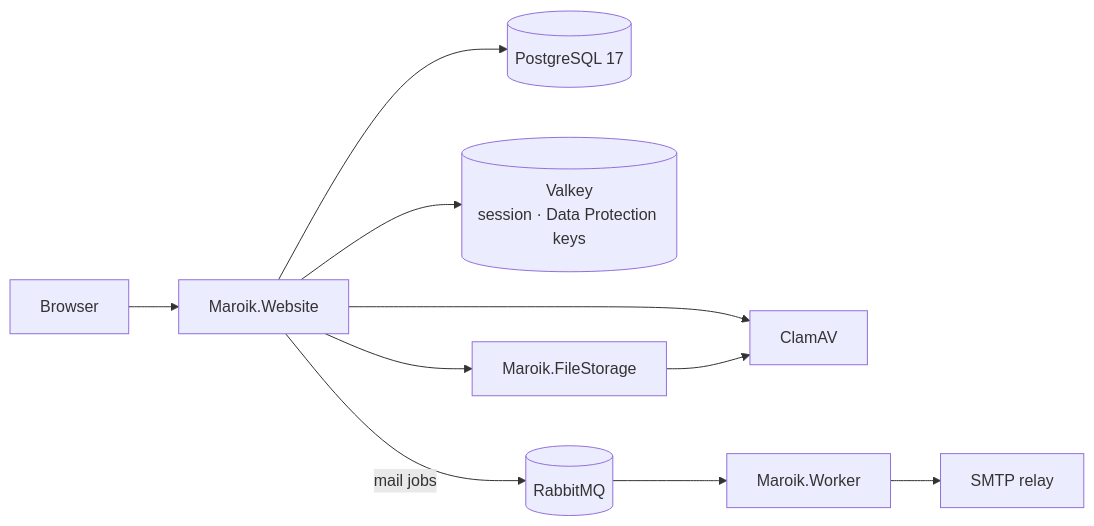
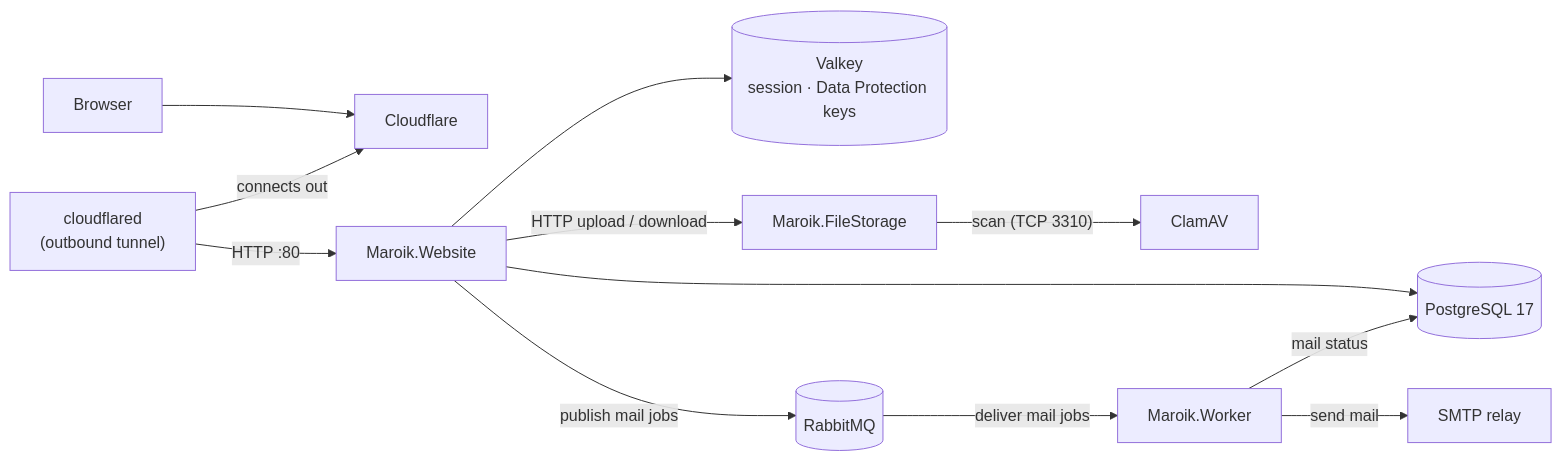
One commit to zqf20096327/dbhub_collect changed the second of 2 diagrams in data/readmes/IkhyeonJo__Maroik-CMS.md. Above: the diagram before and after it, drawn with Mermaid. The commit also changed other lines of this file and 538 other files, not shown here.

````diff
--- a/data/readmes/IkhyeonJo__Maroik-CMS.md
+++ b/data/readmes/IkhyeonJo__Maroik-CMS.md
@@ -115,12 +124,14 @@
 ```mermaid
 flowchart LR
-    Browser --> Website["Maroik.Website"]
+    Browser --> Cloudflare["Cloudflare"]
+    cloudflared["cloudflared<br/>(outbound tunnel)"] -- "connects out" --> Cloudflare
+    cloudflared -- "HTTP :80" --> Website["Maroik.Website"]
     Website --> PostgreSQL[("PostgreSQL 17")]
     Website --> Valkey[("Valkey<br/>session · Data Protection keys")]
-    Website --> FileStorage["Maroik.FileStorage"]
-    Website --> ClamAV["ClamAV"]
-    FileStorage --> ClamAV
-    Website -- "mail jobs" --> RabbitMQ[("RabbitMQ")]
-    RabbitMQ --> Worker["Maroik.Worker"]
-    Worker --> SMTP["SMTP relay"]
+    Website -- "HTTP upload / download" --> FileStorage["Maroik.FileStorage"]
+    FileStorage -- "scan (TCP 3310)" --> ClamAV["ClamAV"]
+    Website -- "publish mail jobs" --> RabbitMQ[("RabbitMQ")]
+    RabbitMQ -- "deliver mail jobs" --> Worker["Maroik.Worker"]
+    Worker -- "mail status" --> PostgreSQL
+    Worker -- "send mail" --> SMTP["SMTP relay"]
 ```
````
